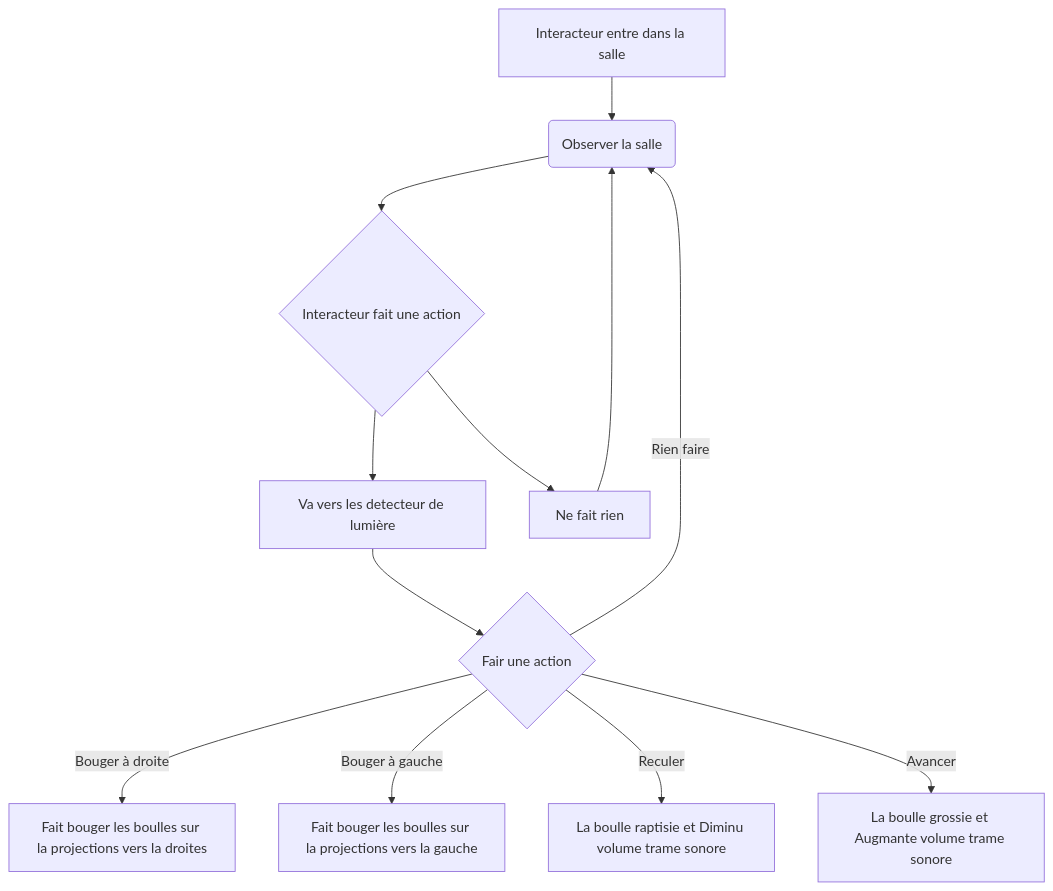
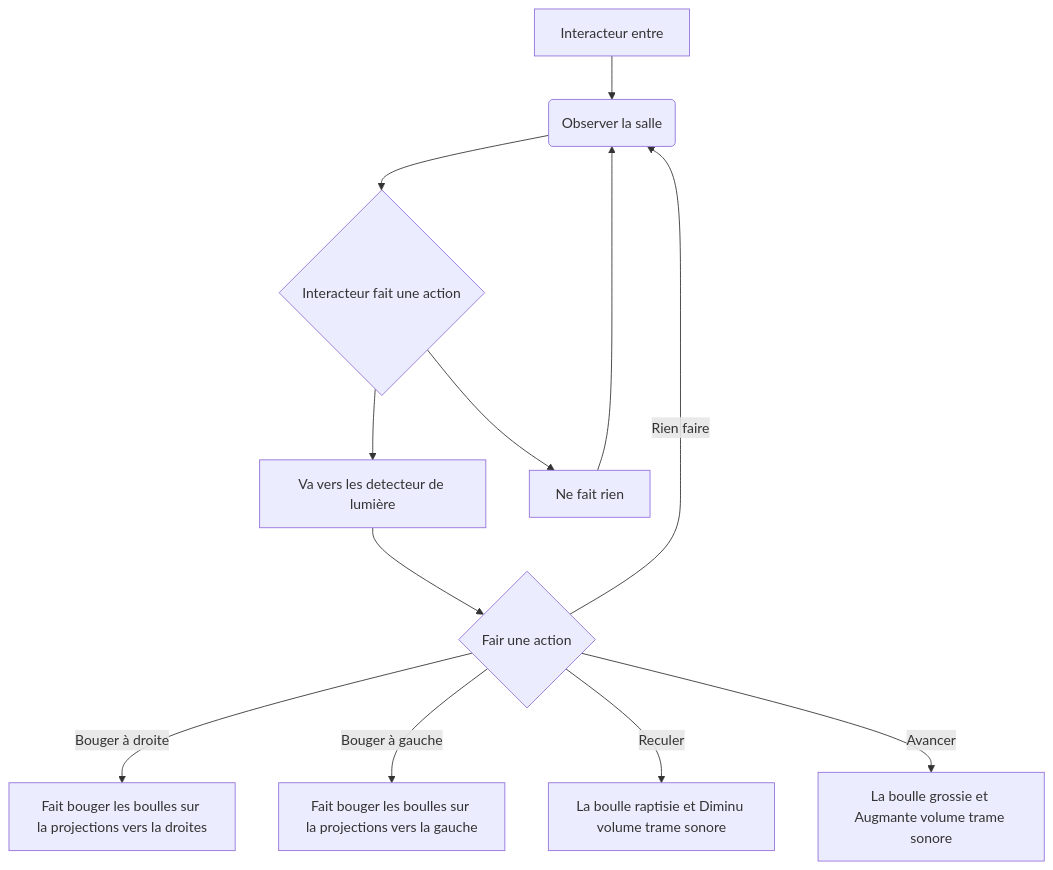
The diagram in README.md (victorgileau/piano_etoile_scenarisation_projet), drawn with Mermaid before and after one commit.

Commit message:
README.md_petit_update_mermaid_scenario

````diff
--- a/README.md
+++ b/README.md
@@ -25,14 +25,14 @@
 ```mermaid
 flowchart TD
-    A[Interacteur entre dans la salle] --> B(Observer la salle)
+    A[Interacteur entre] --> B(Observer la salle)
     B --> C{Interacteur fait une action}
     C --> D[Va vers les detecteur de lumière]
     C --> E[Ne fait rien]
     E --> B
     D --> F{Fair une action}
     F -->|Bouger à droite| G[Fait bouger les boulles sur la projections vers la droites]
     F -->|Bouger à gauche| H[Fait bouger les boulles sur la projections vers la gauche]
     F -->|Reculer| I[La boulle raptisie et Diminu volume trame sonore]
     F -->|Avancer| J[La boulle grossie et Augmante volume trame sonore]
     F -->|Rien faire| B
 ```
````
